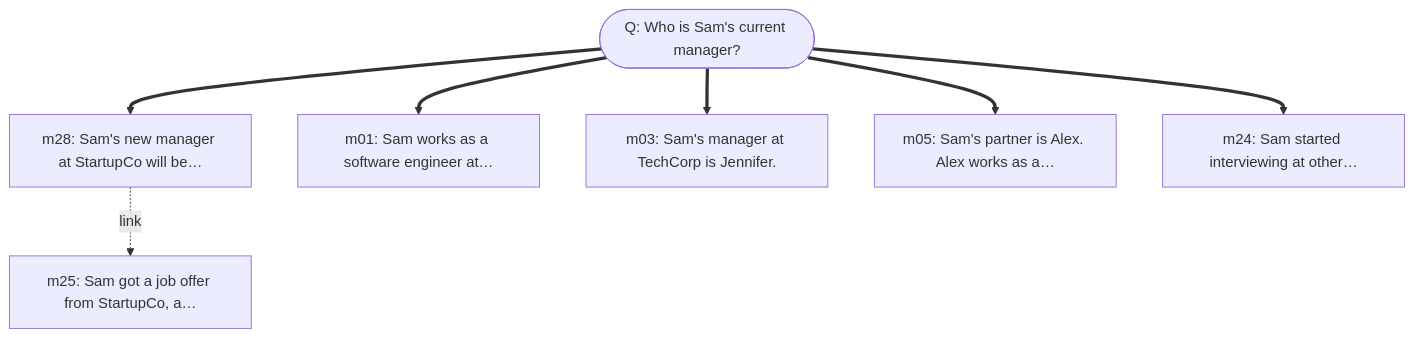
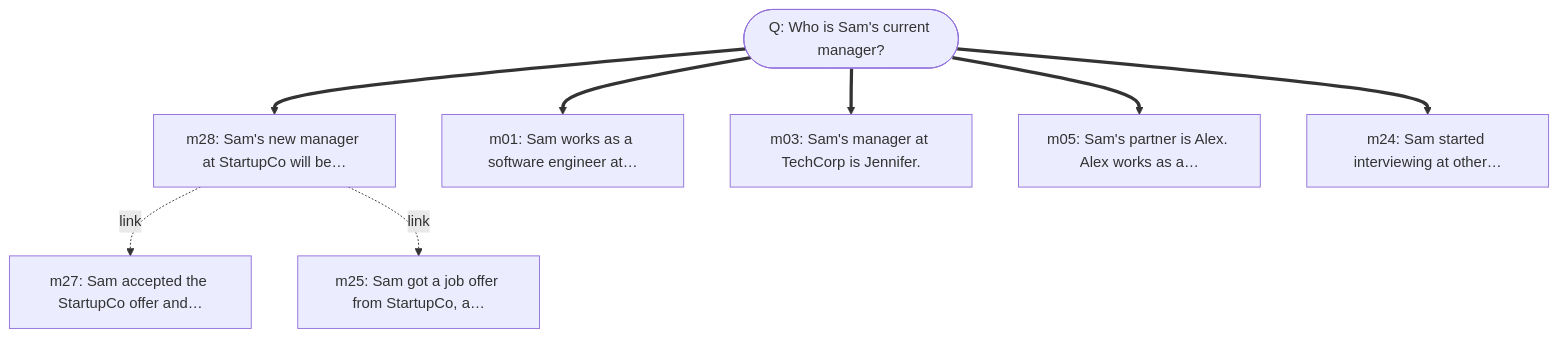
One commit to pandazxx/a-mem-reproduction changed diagram 15 of 22 in results/comparison/amem/traces.md. Above: the diagram before and after it, drawn with Mermaid. The commit also changed other lines of this file and 64 other files, not shown here.

````diff
--- a/results/comparison/amem/traces.md
+++ b/results/comparison/amem/traces.md
@@ -389,16 +387,18 @@
 ```mermaid
 graph TD
     Q(["Q: Who is Sam's current manager?"])
     m28["m28: Sam's new manager at StartupCo will be…"]
     Q ==> m28
     m01["m01: Sam works as a software engineer at…"]
     Q ==> m01
     m03["m03: Sam's manager at TechCorp is Jennifer."]
     Q ==> m03
     m05["m05: Sam's partner is Alex. Alex works as a…"]
     Q ==> m05
     m24["m24: Sam started interviewing at other…"]
     Q ==> m24
+    m27["m27: Sam accepted the StartupCo offer and…"]
+    m28 -.->|link| m27
     m25["m25: Sam got a job offer from StartupCo, a…"]
     m28 -.->|link| m25
 ```
````
